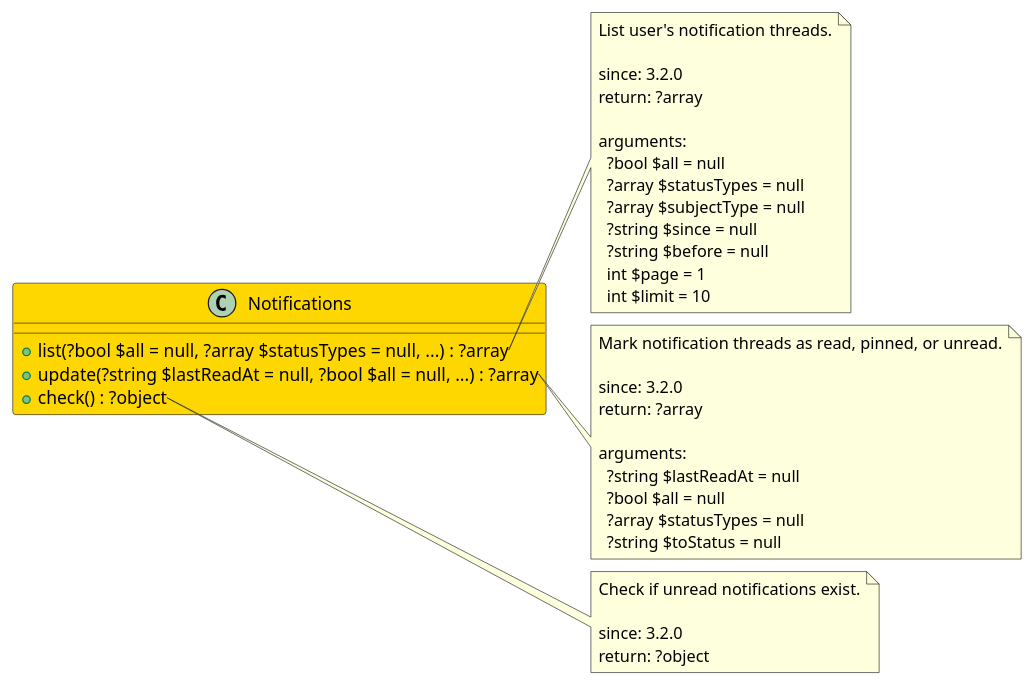
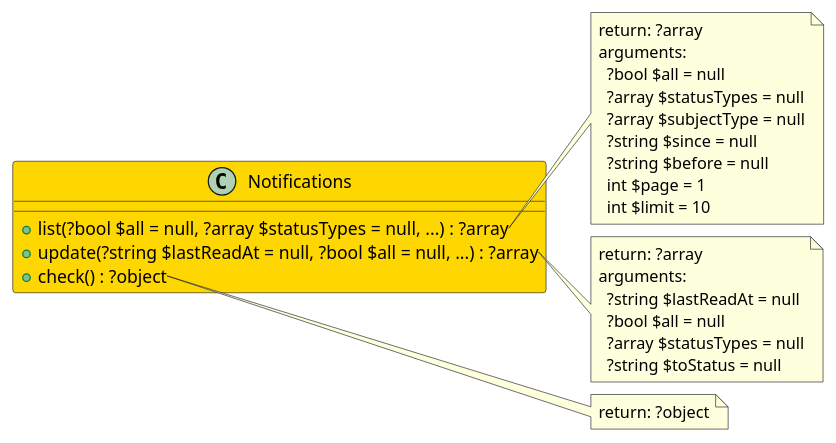
One commit to joomengine/gitea changed the diagram in src/c8cbc9bd-ee91-403a-8633-0e8b59619a49/README.md. Above: the diagram before and after it, drawn with PlantUML. The commit also changed 370 other files, not shown here.

````diff
--- a/src/c8cbc9bd-ee91-403a-8633-0e8b59619a49/README.md
+++ b/src/c8cbc9bd-ee91-403a-8633-0e8b59619a49/README.md
@@ -6,47 +6,36 @@
 ```uml
 @startuml
 
-class Notifications  #Gold {
+class Notifications #Gold {
   + list(?bool $all = null, ?array $statusTypes = null, ...) : ?array
   + update(?string $lastReadAt = null, ?bool $all = null, ...) : ?array
   + check() : ?object
 }
 
 note right of Notifications::list
-  List user's notification threads.
-
-  since: 3.2.0
   return: ?array
-  
   arguments:
     ?bool $all = null
     ?array $statusTypes = null
     ?array $subjectType = null
     ?string $since = null
     ?string $before = null
     int $page = 1
     int $limit = 10
 end note
 
 note right of Notifications::update
-  Mark notification threads as read, pinned, or unread.
-
-  since: 3.2.0
   return: ?array
-  
   arguments:
     ?string $lastReadAt = null
     ?bool $all = null
     ?array $statusTypes = null
     ?string $toStatus = null
 end note
 
 note right of Notifications::check
-  Check if unread notifications exist.
-
-  since: 3.2.0
   return: ?object
 end note
 
 @enduml
 ```
````
